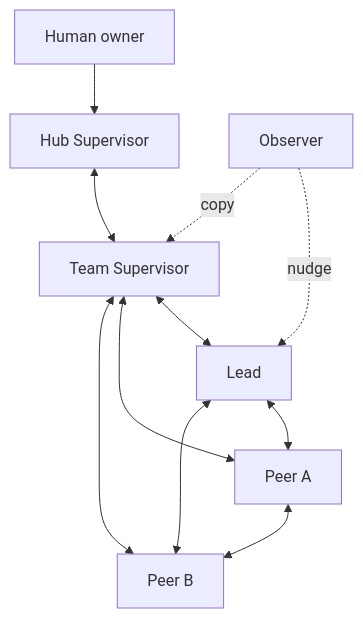
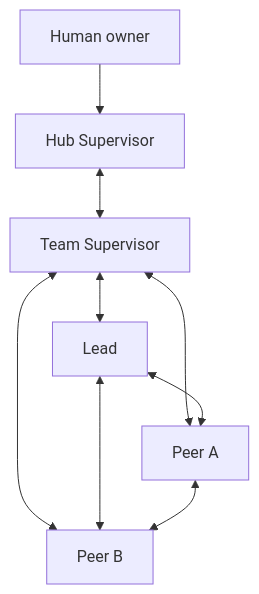
The first of 2 diagrams in site/src/content/docs/concepts/roles.md (ReinaMacCredy/maestro), drawn with Mermaid before and after one commit. The commit also changed other lines of this file and 14 other files, not shown here.

````diff
--- a/site/src/content/docs/concepts/roles.md
+++ b/site/src/content/docs/concepts/roles.md
@@ -23,13 +23,11 @@
 ```mermaid
 flowchart TB
   Human["Human owner"] --> Hub["Hub Supervisor"]
   Hub <--> Team["Team Supervisor"]
   Team <--> Lead["Lead"]
   Team <--> PeerA["Peer A"]
   Team <--> PeerB["Peer B"]
   Lead <--> PeerA
   Lead <--> PeerB
   PeerA <--> PeerB
-  Observer["Observer"] -. nudge .-> Lead
-  Observer -. copy .-> Team
 ```
````
